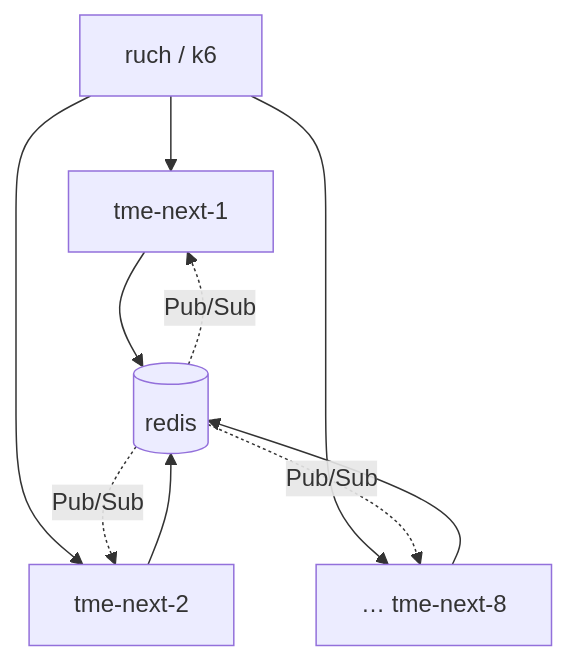
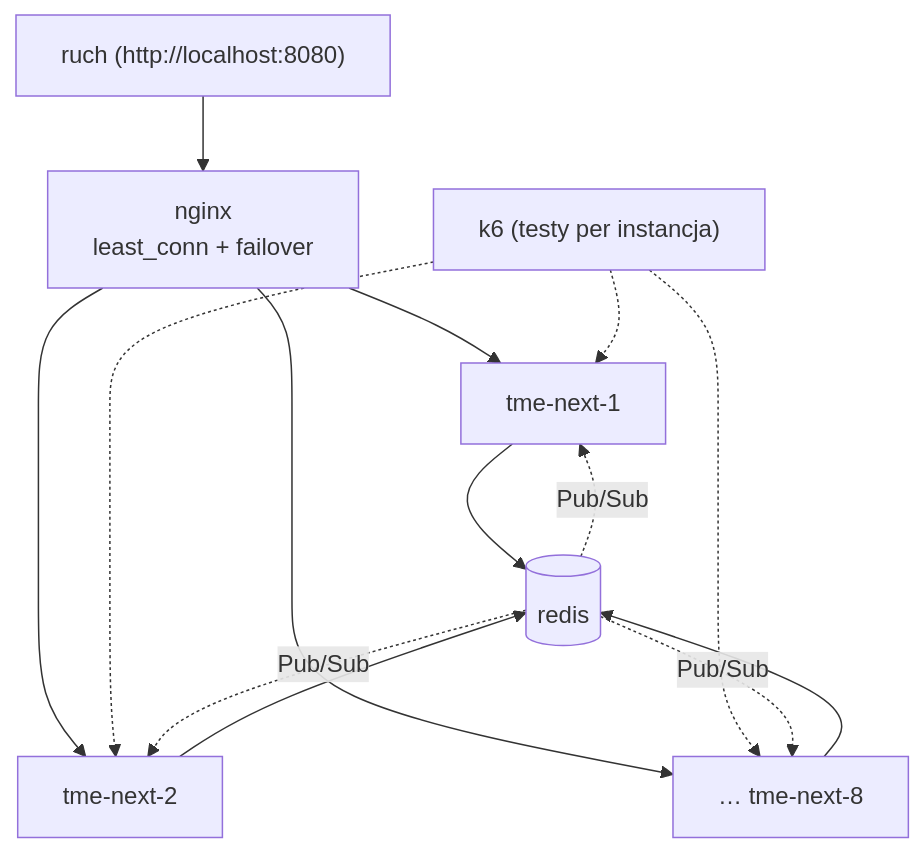
One commit to Regnar110/cursor-playground changed the seventh of 7 diagrams in apps/tmeNext/docs/CACHING.md. Above: the diagram before and after it, drawn with Mermaid. The commit also changed other lines of this file and 11 other files, not shown here.

````diff
--- a/apps/tmeNext/docs/CACHING.md
+++ b/apps/tmeNext/docs/CACHING.md
@@ -237,6 +244,8 @@
 ```mermaid
 flowchart TD
-    LB["ruch / k6"] --> I1["tme-next-1"] & I2["tme-next-2"] & IN["… tme-next-8"]
+    U["ruch (http://localhost:8080)"] --> LB["nginx<br/>least_conn + failover"]
+    LB --> I1["tme-next-1"] & I2["tme-next-2"] & IN["… tme-next-8"]
+    K6["k6 (testy per instancja)"] -.-> I1 & I2 & IN
     I1 & I2 & IN --> R[("redis")]
     R -.->|Pub/Sub| I1 & I2 & IN
 ```
````
